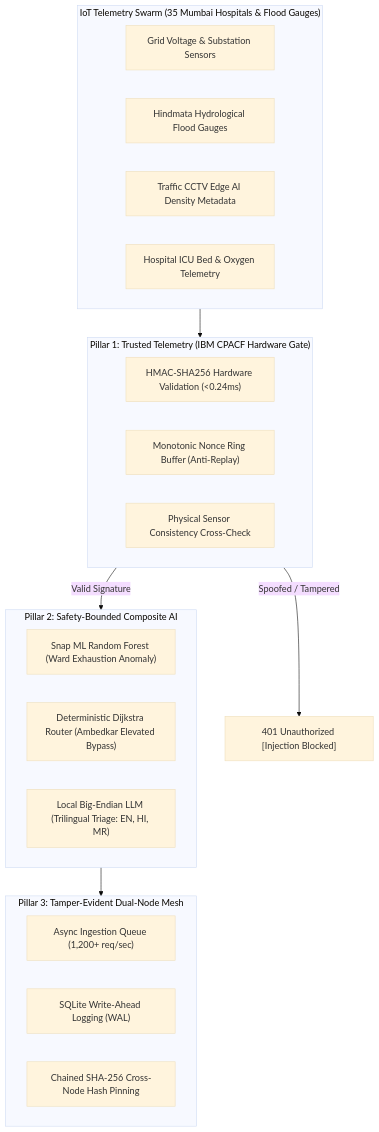
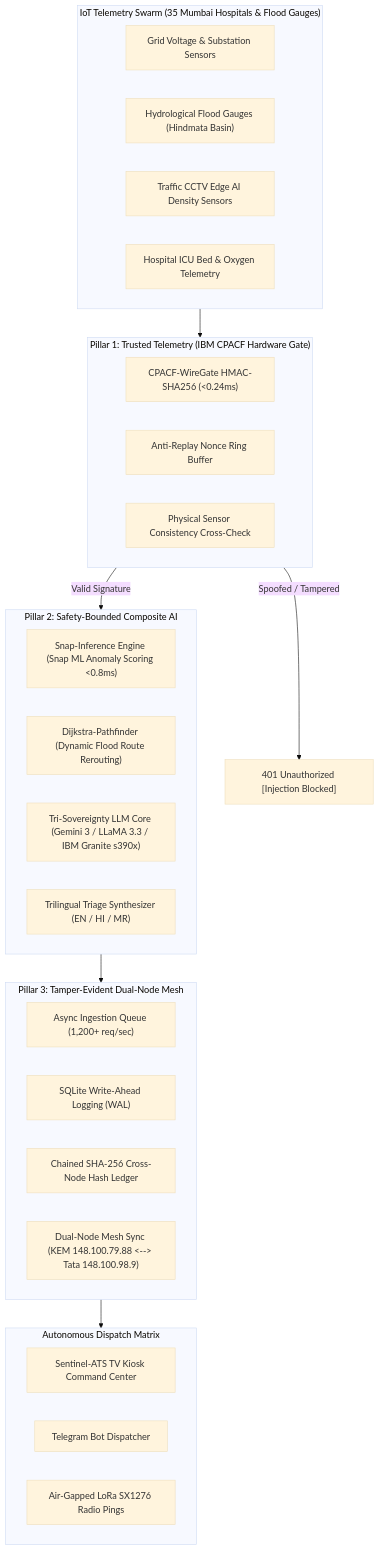
The diagram in README.md (yuvrajlokhande19/Project-Syn-IBM-LinuxONE), drawn with Mermaid (base theme) before and after one commit. The commit also changed other lines of this file and 7 other files, not shown here.

Commit message:
feat(core): deploy JupyterLab validation suite, update AI cascade to 2026 models, enhance responsive tactical map layout, and document enterprise architecture

````diff
--- a/README.md
+++ b/README.md
@@ -47,32 +97,41 @@
 ```mermaid
 flowchart TD
     subgraph Edge ["IoT Telemetry Swarm (35 Mumbai Hospitals & Flood Gauges)"]
         A1["Grid Voltage & Substation Sensors"] 
-        A2["Hindmata Hydrological Flood Gauges"]
-        A3["Traffic CCTV Edge AI Density Metadata"]
+        A2["Hydrological Flood Gauges (Hindmata Basin)"]
+        A3["Traffic CCTV Edge AI Density Sensors"]
         A4["Hospital ICU Bed & Oxygen Telemetry"]
     end
 
     subgraph Gate ["Pillar 1: Trusted Telemetry (IBM CPACF Hardware Gate)"]
-        B1["HMAC-SHA256 Hardware Validation (<0.24ms)"]
-        B2["Monotonic Nonce Ring Buffer (Anti-Replay)"]
+        B1["CPACF-WireGate HMAC-SHA256 (<0.24ms)"]
+        B2["Anti-Replay Nonce Ring Buffer"]
         B3["Physical Sensor Consistency Cross-Check"]
     end
 
     subgraph AI ["Pillar 2: Safety-Bounded Composite AI"]
-        C1["Snap ML Random Forest (Ward Exhaustion Anomaly)"]
-        C2["Deterministic Dijkstra Router (Ambedkar Elevated Bypass)"]
-        C3["Local Big-Endian LLM (Trilingual Triage: EN, HI, MR)"]
+        C1["Snap-Inference Engine (Snap ML Anomaly Scoring <0.8ms)"]
+        C2["Dijkstra-Pathfinder (Dynamic Flood Route Rerouting)"]
+        C3["Tri-Sovereignty LLM Core (Gemini 3 / LLaMA 3.3 / IBM Granite s390x)"]
+        C4["Trilingual Triage Synthesizer (EN / HI / MR)"]
     end
 
     subgraph Ledger ["Pillar 3: Tamper-Evident Dual-Node Mesh"]
         D1["Async Ingestion Queue (1,200+ req/sec)"]
         D2["SQLite Write-Ahead Logging (WAL)"]
-        D3["Chained SHA-256 Cross-Node Hash Pinning"]
+        D3["Chained SHA-256 Cross-Node Hash Ledger"]
+        D4["Dual-Node Mesh Sync (KEM 148.100.79.88 <--> Tata 148.100.98.9)"]
+    end
+
+    subgraph Dispatch ["Autonomous Dispatch Matrix"]
+        E1["Sentinel-ATS TV Kiosk Command Center"]
+        E2["Telegram Bot Dispatcher"]
+        E3["Air-Gapped LoRa SX1276 Radio Pings"]
     end
 
     Edge --> Gate
     Gate -->|Valid Signature| AI
     Gate -->|Spoofed / Tampered| REJECT["401 Unauthorized [Injection Blocked]"]
     AI --> Ledger
+    Ledger --> Dispatch
 ```
````
